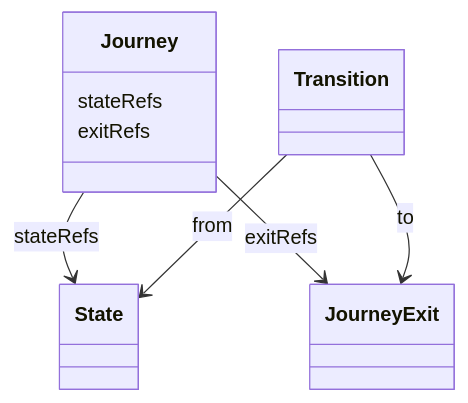
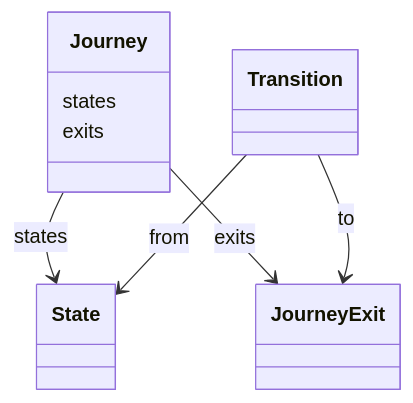
Before and after one commit to openuji/spec-ujg: diagram 13 of 15 in specs/ed/graph/index.md, drawn with Mermaid. The commit also changed other lines of this file and 370 other files, not shown here.

````diff
--- a/specs/ed/graph/index.md
+++ b/specs/ed/graph/index.md
@@ -1320,15 +925,15 @@
 ```mermaid
 classDiagram
   class Journey {
-    stateRefs
-    exitRefs
+    states
+    exits
   }
   class State
   class JourneyExit
   class Transition
 
-  Journey --> State : stateRefs
-  Journey --> JourneyExit : exitRefs
+  Journey --> State : states
+  Journey --> JourneyExit : exits
   Transition --> State : from
   Transition --> JourneyExit : to
 ```
````
